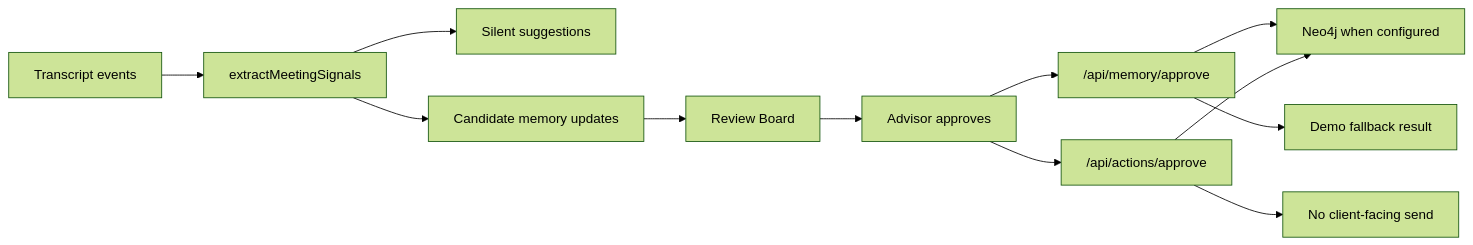
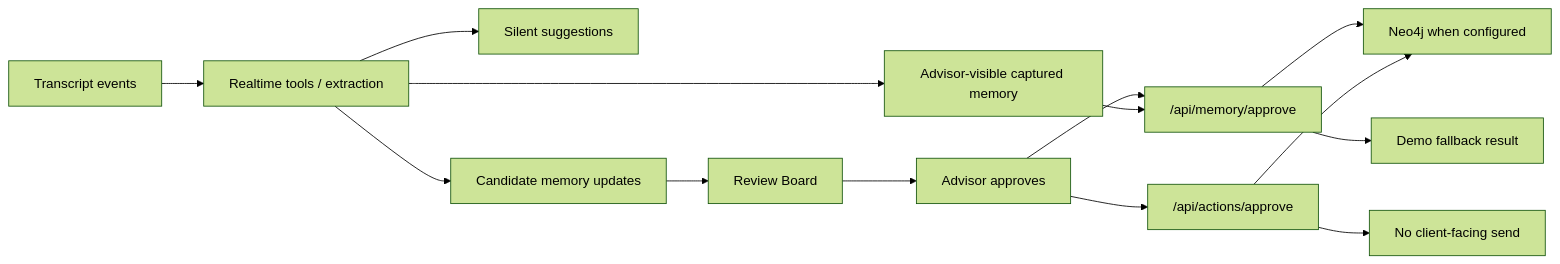
One commit to toorcn/IH-Goat changed the third of 4 diagrams in README.md. Above: the diagram before and after it, drawn with Mermaid (forest theme). The commit also changed other lines of this file and 1 other file, not shown here.

First line of the commit message:
Clarify current demo architecture and integrations

````diff
--- a/README.md
+++ b/README.md
@@ -233,14 +262,16 @@
 ```mermaid
 flowchart LR
-  Transcript["Transcript events"] --> Extractor["extractMeetingSignals"]
+  Transcript["Transcript events"] --> Extractor["Realtime tools / extraction"]
   Extractor --> Suggestions["Silent suggestions"]
   Extractor --> Candidates["Candidate memory updates"]
+  Extractor --> Captured["Advisor-visible captured memory"]
   Candidates --> Review["Review Board"]
   Review --> Approve["Advisor approves"]
   Approve --> MemoryAPI["/api/memory/approve"]
   Approve --> ActionAPI["/api/actions/approve"]
+  Captured --> MemoryAPI
   MemoryAPI --> Neo4j["Neo4j when configured"]
   ActionAPI --> Neo4j
   MemoryAPI --> DemoResult["Demo fallback result"]
   ActionAPI --> NoSend["No client-facing send"]
 ```
````
